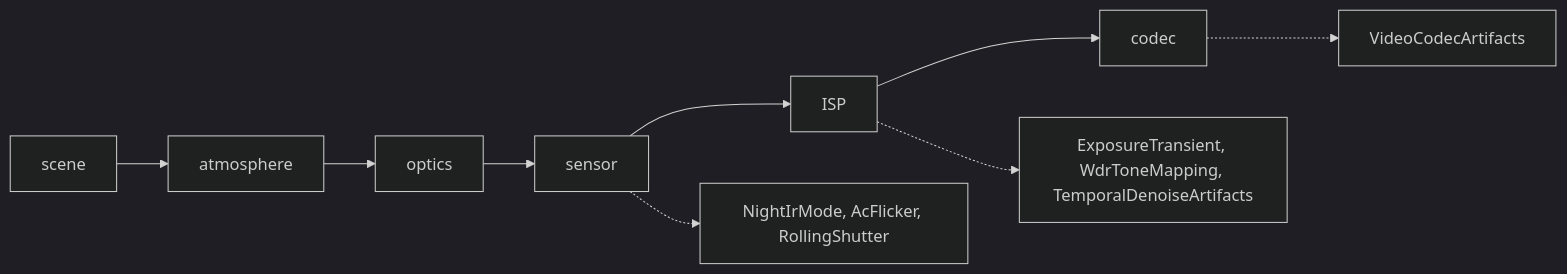
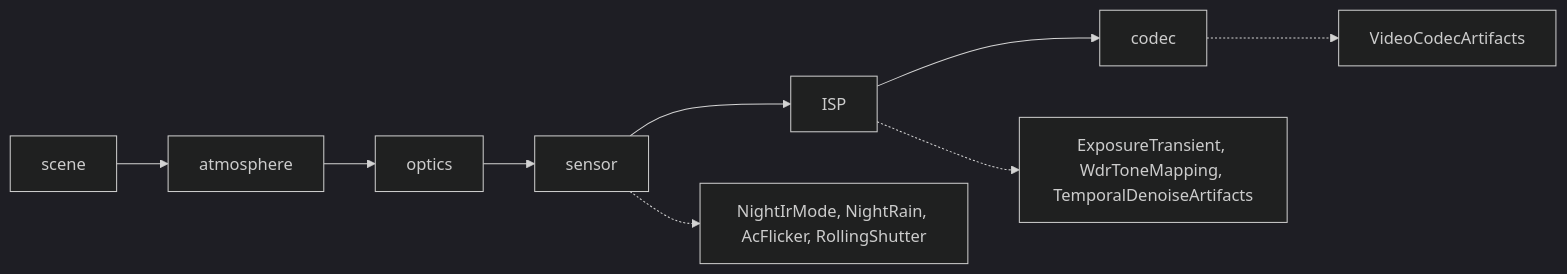
Diagram 13 of 18 in docs/how_it_works.md (desmoteo/surmentations), drawn with Mermaid (dark theme) before and after one commit. The commit also changed other lines of this file and 44 other files, not shown here.

First line of the commit message:
Wire NightRain through the presets, gallery, benchmark and pipelines

````diff
--- a/docs/how_it_works.md
+++ b/docs/how_it_works.md
@@ -358,11 +358,11 @@
 ```mermaid
 flowchart LR
     SCENE["scene"] --> ATM["atmosphere"]
     ATM --> OPT["optics"]
     OPT --> SENS["sensor"]
     SENS --> ISP["ISP"]
     ISP --> CODEC["codec"]
-    SENS -.-> S1["NightIrMode, AcFlicker, RollingShutter"]
+    SENS -.-> S1["NightIrMode, NightRain, AcFlicker, RollingShutter"]
     ISP -.-> S2["ExposureTransient, WdrToneMapping, TemporalDenoiseArtifacts"]
     CODEC -.-> S3["VideoCodecArtifacts"]
 ```
````
